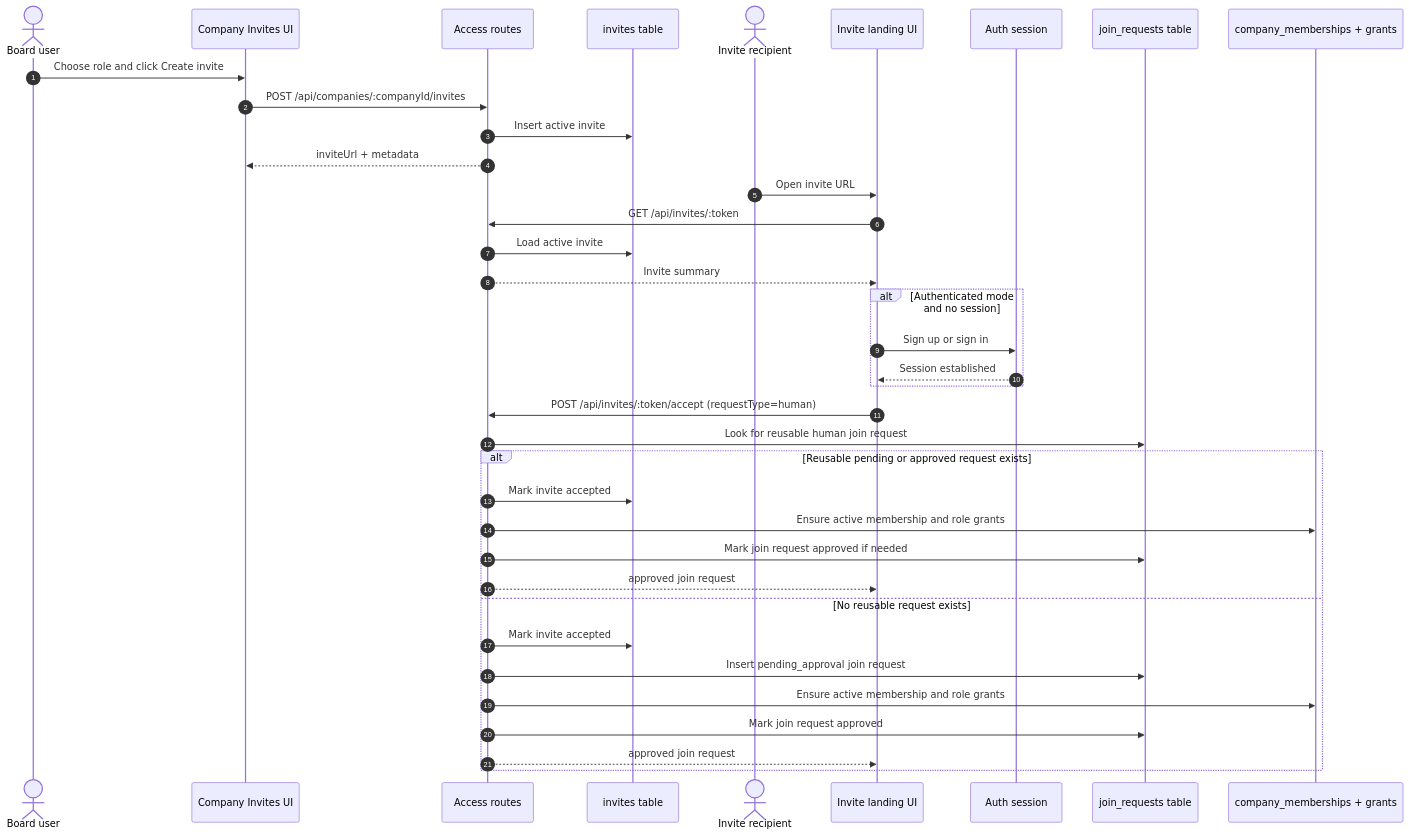
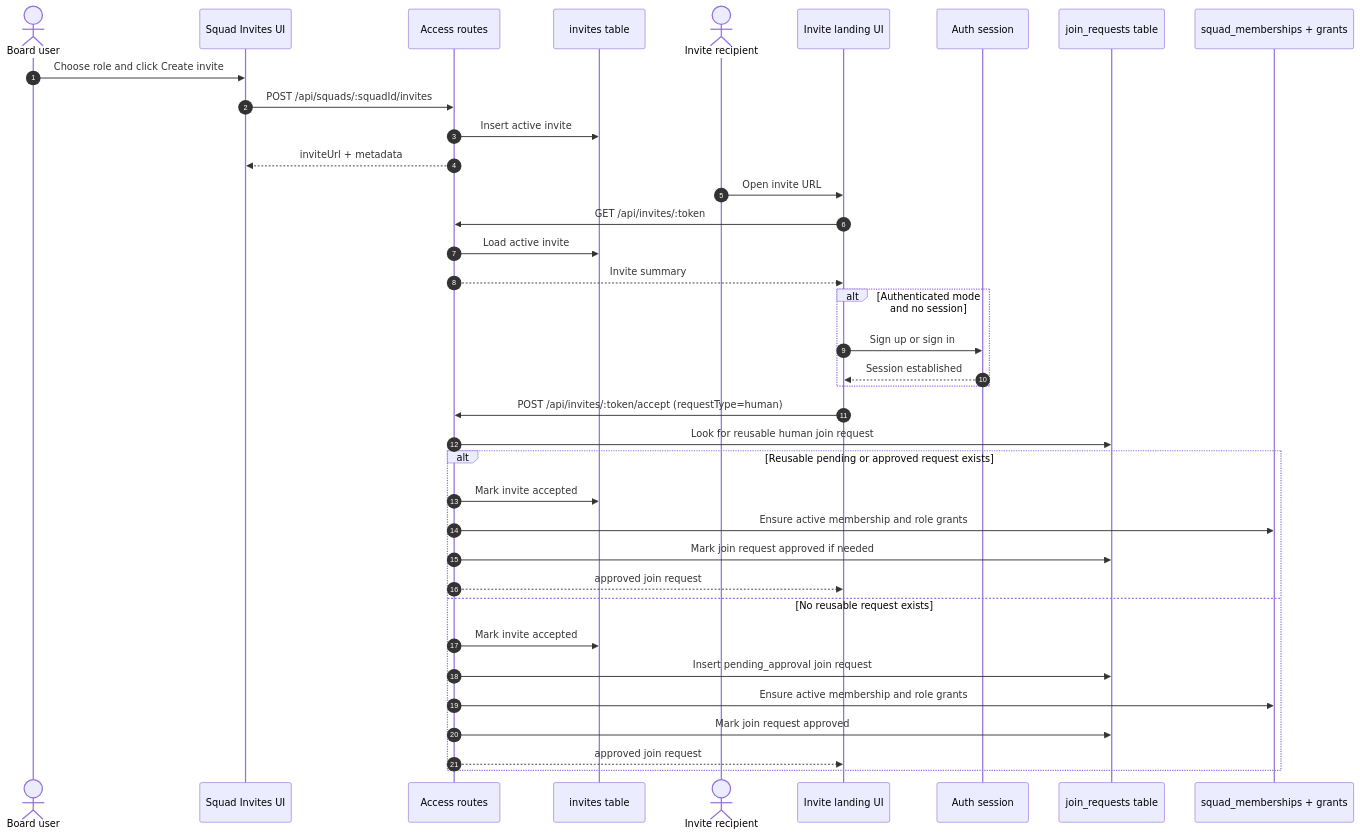
The fourth of 6 diagrams in doc/spec/invite-flow.md (slaw-ai/slaw), drawn with Mermaid before and after one commit. The commit also changed other lines of this file and 1414 other files, not shown here.

First line of the commit message:
feat: Squad model — rename Company->Squad, CEO->Squad Lead everywhere

````diff
--- a/doc/spec/invite-flow.md
+++ b/doc/spec/invite-flow.md
@@ -164,43 +164,43 @@
 ```mermaid
 sequenceDiagram
   autonumber
   actor Board as Board user
-  participant Settings as Company Invites UI
+  participant Settings as Squad Invites UI
   participant API as Access routes
   participant Invites as invites table
   actor Invitee as Invite recipient
   participant Landing as Invite landing UI
   participant Auth as Auth session
   participant Join as join_requests table
-  participant Membership as company_memberships + grants
+  participant Membership as squad_memberships + grants
 
   Board->>Settings: Choose role and click Create invite
-  Settings->>API: POST /api/companies/:companyId/invites
+  Settings->>API: POST /api/squads/:squadId/invites
   API->>Invites: Insert active invite
   API-->>Settings: inviteUrl + metadata
 
   Invitee->>Landing: Open invite URL
   Landing->>API: GET /api/invites/:token
   API->>Invites: Load active invite
   API-->>Landing: Invite summary
 
   alt Authenticated mode and no session
     Landing->>Auth: Sign up or sign in
     Auth-->>Landing: Session established
   end
 
   Landing->>API: POST /api/invites/:token/accept (requestType=human)
   API->>Join: Look for reusable human join request
   alt Reusable pending or approved request exists
     API->>Invites: Mark invite accepted
     API->>Membership: Ensure active membership and role grants
     API->>Join: Mark join request approved if needed
     API-->>Landing: approved join request
   else No reusable request exists
     API->>Invites: Mark invite accepted
     API->>Join: Insert pending_approval join request
     API->>Membership: Ensure active membership and role grants
     API->>Join: Mark join request approved
     API-->>Landing: approved join request
   end
 ```
````
